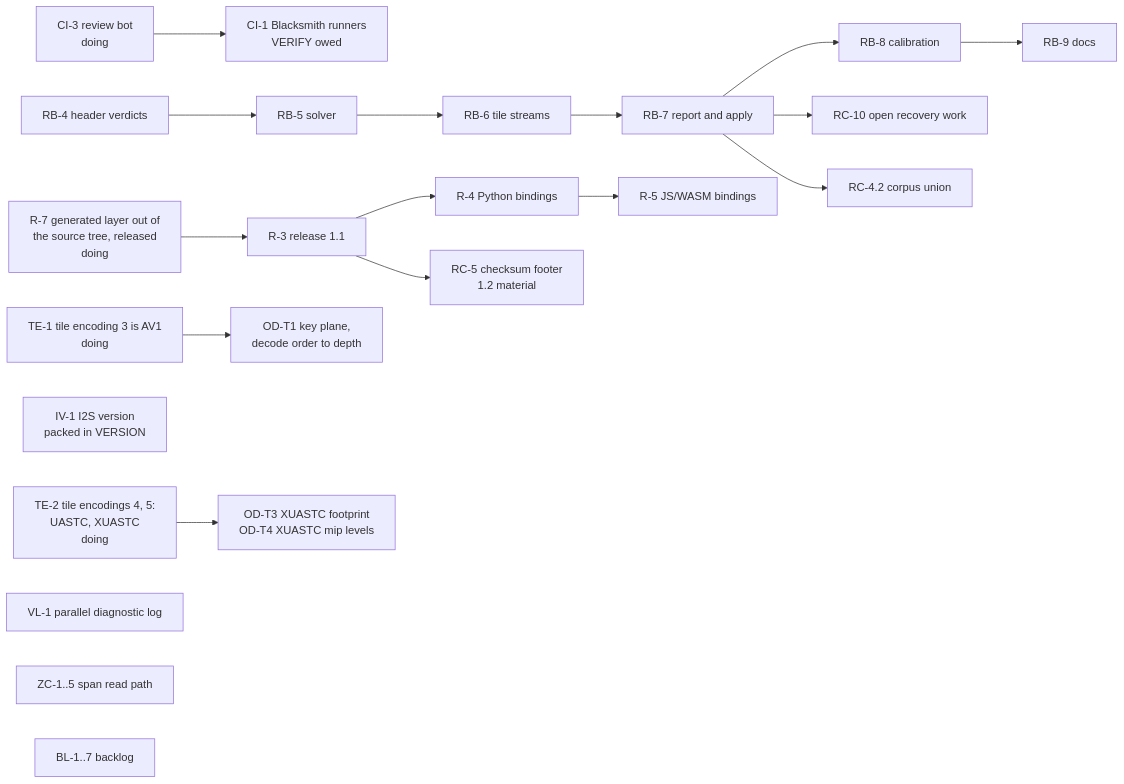
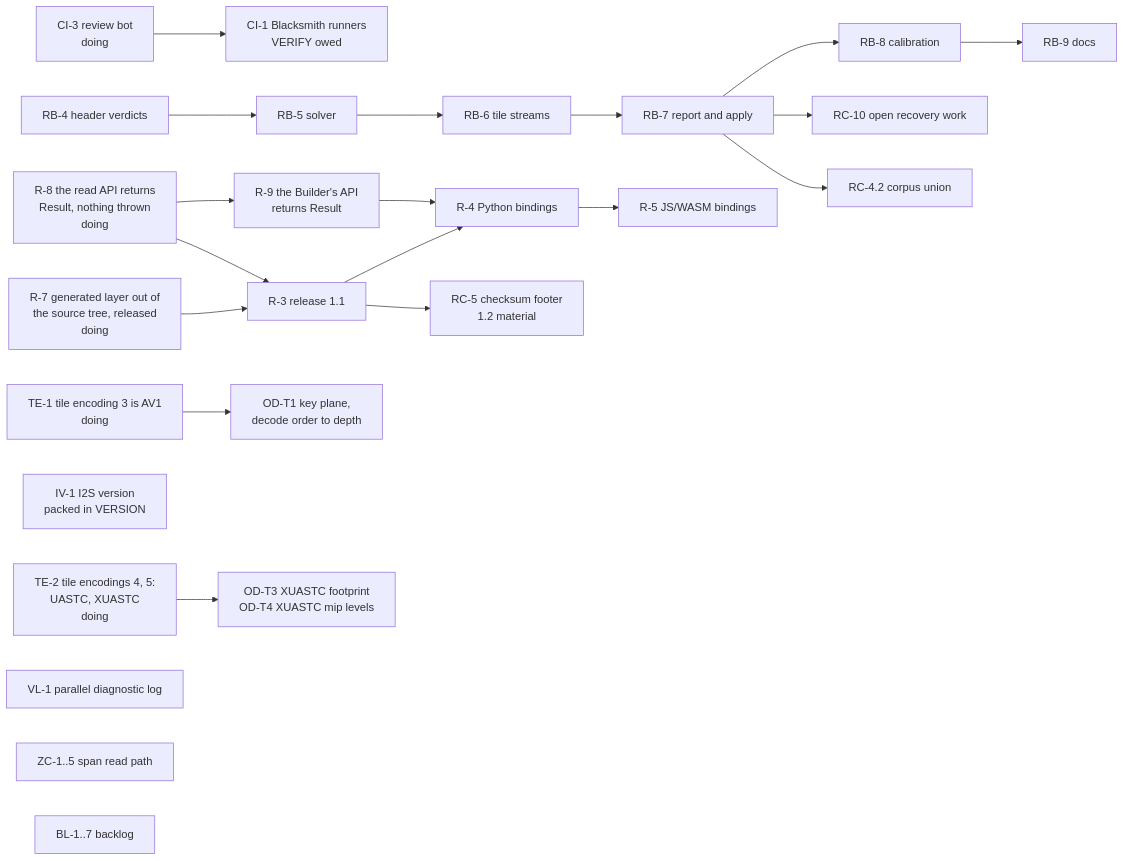
One commit to Aptix-Bio/Iris-File-Extension changed the diagram in development/WBS.md. Above: the diagram before and after it, drawn with Mermaid. The commit also changed other lines of this file and 3 other files, not shown here.

````diff
--- a/development/WBS.md
+++ b/development/WBS.md
@@ -40,21 +40,24 @@
 ```mermaid
 flowchart LR
     CI3["CI-3 review bot<br/>doing"] --> CI1["CI-1 Blacksmith runners<br/>VERIFY owed"]
     RB4["RB-4 header verdicts"] --> RB5["RB-5 solver"]
     RB5 --> RB6["RB-6 tile streams"]
     RB6 --> RB7["RB-7 report and apply"]
     RB7 --> RB8["RB-8 calibration"]
     RB8 --> RB9["RB-9 docs"]
     RB7 --> RC10["RC-10 open recovery work"]
     RB7 --> RC4["RC-4.2 corpus union"]
     R3["R-3 release 1.1"] --> R4["R-4 Python bindings"]
     R4 --> R5["R-5 JS/WASM bindings"]
     R3 --> RC5["RC-5 checksum footer<br/>1.2 material"]
     R7["R-7 generated layer out of<br/>the source tree, released<br/>doing"] --> R3
+    R8["R-8 the read API returns<br/>Result, nothing thrown<br/>doing"] --> R3
+    R8 --> R9["R-9 the Builder's API<br/>returns Result"]
+    R9 --> R4
     TE1["TE-1 tile encoding 3 is AV1<br/>doing"] --> OD["OD-T1 key plane,<br/>decode order to depth"]
     IV1["IV-1 I2S version<br/>packed in VERSION"]
     TE2["TE-2 tile encodings 4, 5:<br/>UASTC, XUASTC<br/>doing"] --> OD2["OD-T3 XUASTC footprint<br/>OD-T4 XUASTC mip levels"]
     VL1["VL-1 parallel diagnostic log"]
     ZC["ZC-1..5 span read path"]
     BL["BL-1..7 backlog"]
 ```
````
